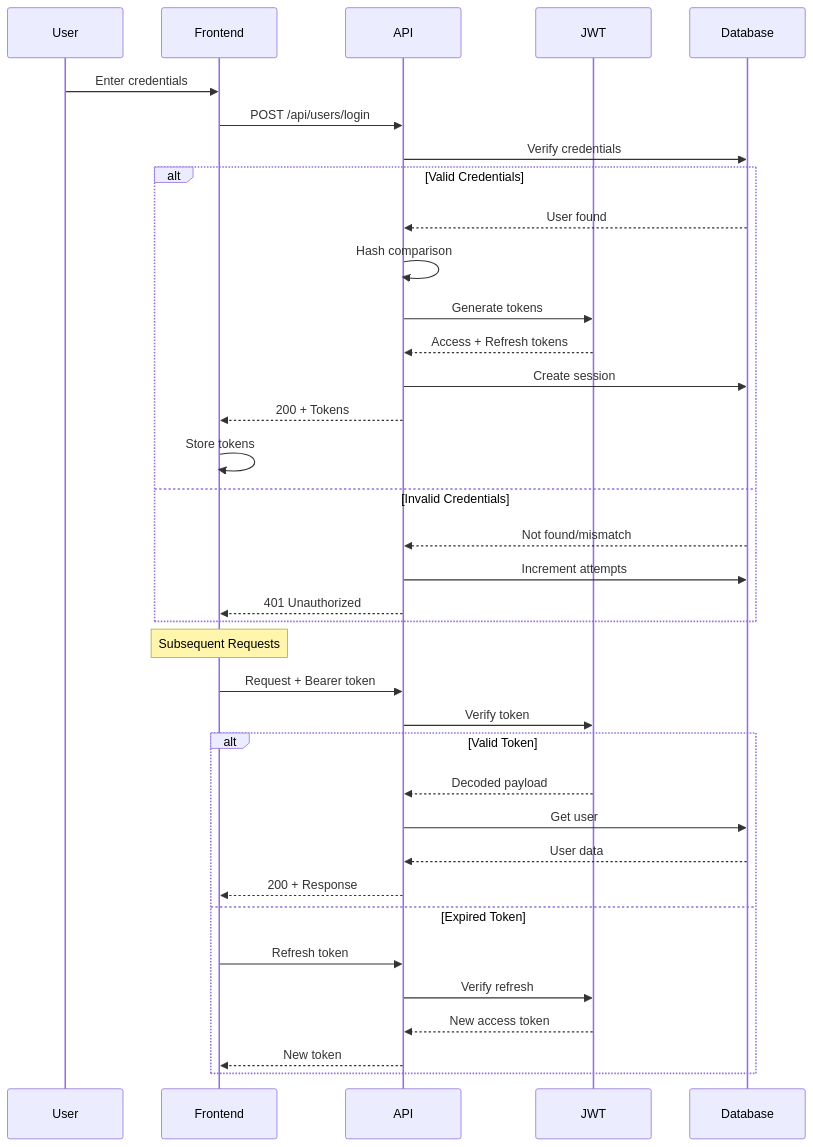
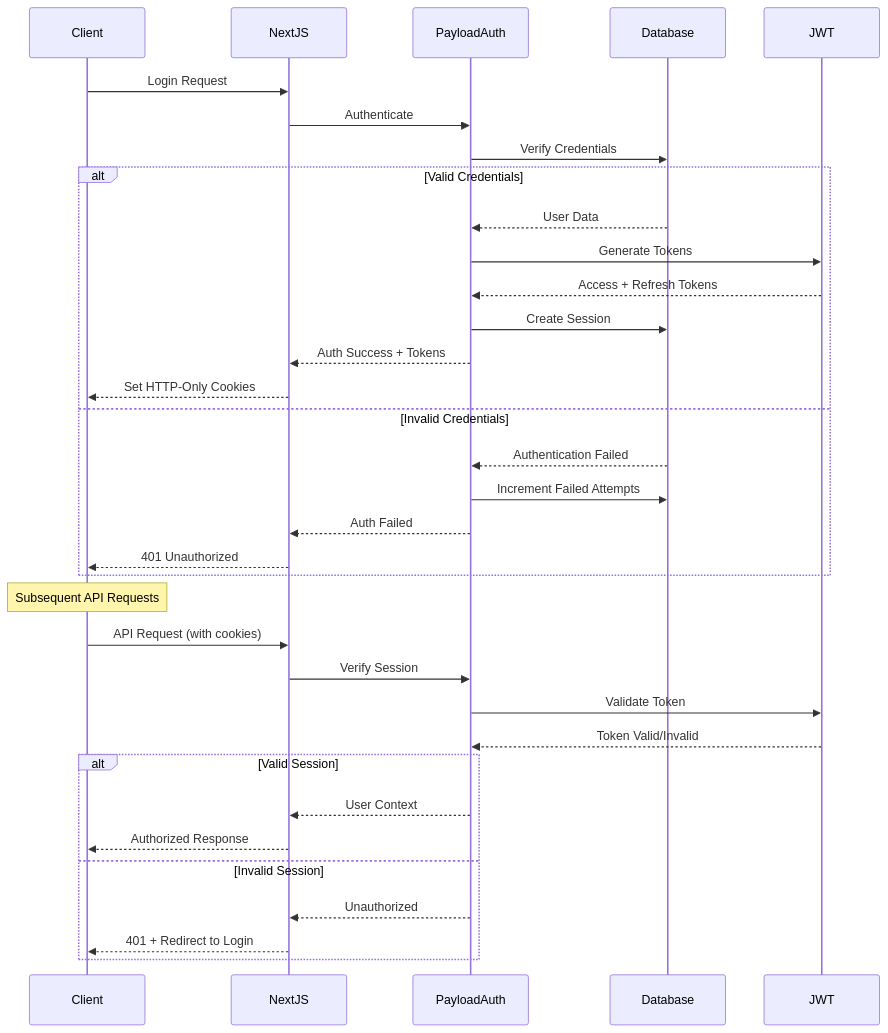
The sixth of 14 diagrams in docs/backend-database-architecture.md (surya-madhav/portfolio-blog-2025), drawn with Mermaid before and after one commit. The commit also changed other lines of this file and 33 other files, not shown here.

````diff
--- a/docs/backend-database-architecture.md
+++ b/docs/backend-database-architecture.md
@@ -552,43 +496,41 @@
 ```mermaid
 sequenceDiagram
-    participant User
-    participant Frontend
-    participant API
+    participant Client
+    participant NextJS
+    participant PayloadAuth
+    participant Database
     participant JWT
-    participant Database
     
-    User->>Frontend: Enter credentials
-    Frontend->>API: POST /api/users/login
-    API->>Database: Verify credentials
+    Client->>NextJS: Login Request
+    NextJS->>PayloadAuth: Authenticate
+    PayloadAuth->>Database: Verify Credentials
     
     alt Valid Credentials
-        Database-->>API: User found
-        API->>API: Hash comparison
-        API->>JWT: Generate tokens
-        JWT-->>API: Access + Refresh tokens
-        API->>Database: Create session
-        API-->>Frontend: 200 + Tokens
-        Frontend->>Frontend: Store tokens
+        Database-->>PayloadAuth: User Data
+        PayloadAuth->>JWT: Generate Tokens
+        JWT-->>PayloadAuth: Access + Refresh Tokens
+        PayloadAuth->>Database: Create Session
+        PayloadAuth-->>NextJS: Auth Success + Tokens
+        NextJS-->>Client: Set HTTP-Only Cookies
     else Invalid Credentials
-        Database-->>API: Not found/mismatch
-        API->>Database: Increment attempts
-        API-->>Frontend: 401 Unauthorized
+        Database-->>PayloadAuth: Authentication Failed
+        PayloadAuth->>Database: Increment Failed Attempts
+        PayloadAuth-->>NextJS: Auth Failed
+        NextJS-->>Client: 401 Unauthorized
     end
     
-    Note over Frontend: Subsequent Requests
+    Note over Client: Subsequent API Requests
     
-    Frontend->>API: Request + Bearer token
-    API->>JWT: Verify token
+    Client->>NextJS: API Request (with cookies)
+    NextJS->>PayloadAuth: Verify Session
+    PayloadAuth->>JWT: Validate Token
+    JWT-->>PayloadAuth: Token Valid/Invalid
     
-    alt Valid Token
-        JWT-->>API: Decoded payload
-        API->>Database: Get user
-        Database-->>API: User data
-        API-->>Frontend: 200 + Response
-    else Expired Token
-        Frontend->>API: Refresh token
-        API->>JWT: Verify refresh
-        JWT-->>API: New access token
-        API-->>Frontend: New token
+    alt Valid Session
+        PayloadAuth-->>NextJS: User Context
+        NextJS-->>Client: Authorized Response
+    else Invalid Session
+        PayloadAuth-->>NextJS: Unauthorized
+        NextJS-->>Client: 401 + Redirect to Login
     end
 ```
````
